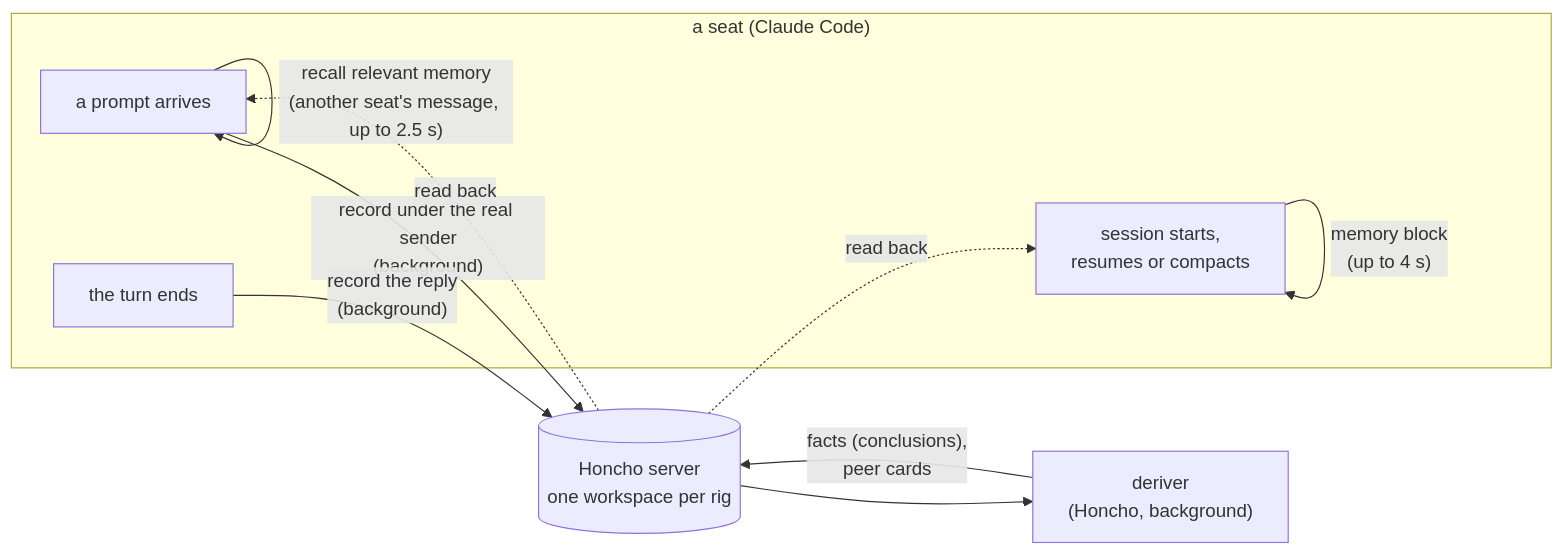
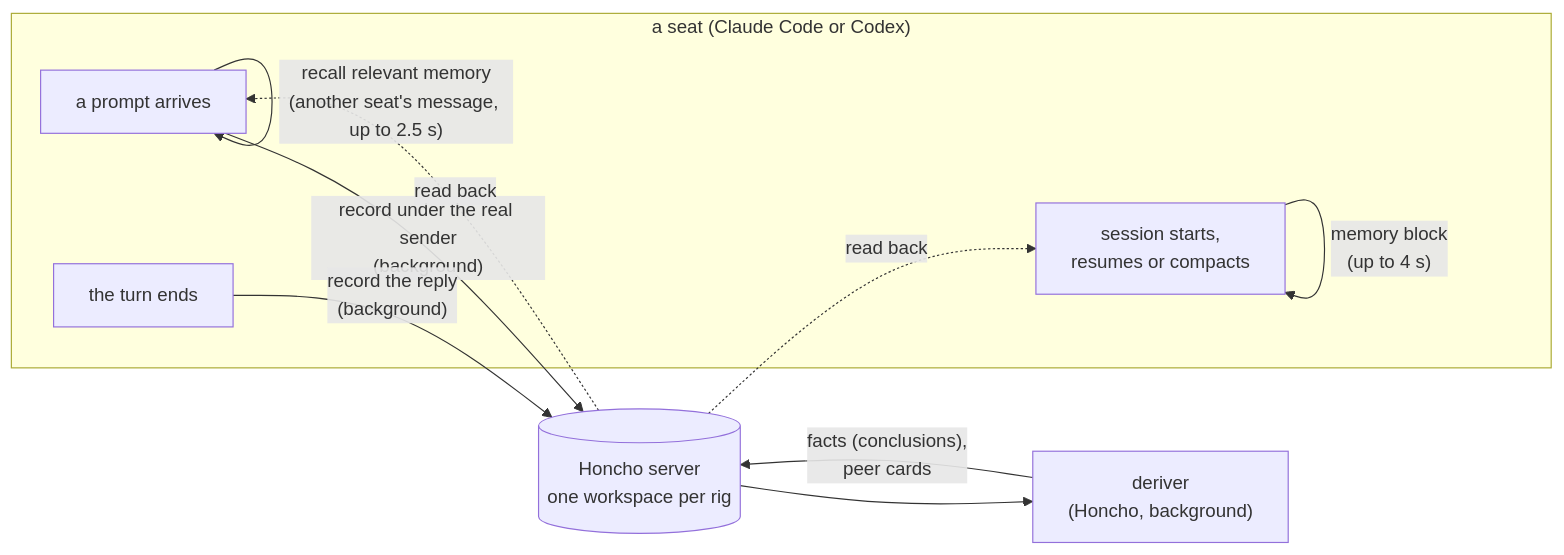
Before and after one commit to GravLabs/openrig-honcho: the diagram in README.md, drawn with Mermaid. The commit also changed other lines of this file and 39 other files, not shown here.

````diff
--- a/README.md
+++ b/README.md
@@ -34,17 +35,17 @@
 ```mermaid
 flowchart LR
-  subgraph Seat["a seat (Claude Code)"]
+  subgraph Seat["a seat (Claude Code or Codex)"]
     SS["session starts,<br/>resumes or compacts"]
     PR["a prompt arrives"]
     TE["the turn ends"]
   end
   H[("Honcho server<br/>one workspace per rig")]
   D["deriver<br/>(Honcho, background)"]
   SS -- "memory block<br/>(up to 4 s)" --> SS
   PR -- "record under the real sender<br/>(background)" --> H
   PR -- "recall relevant memory<br/>(another seat's message, up to 2.5 s)" --> PR
   TE -- "record the reply<br/>(background)" --> H
   H --> D -- "facts (conclusions),<br/>peer cards" --> H
   H -. read back .-> SS
   H -. read back .-> PR
 ```
````
